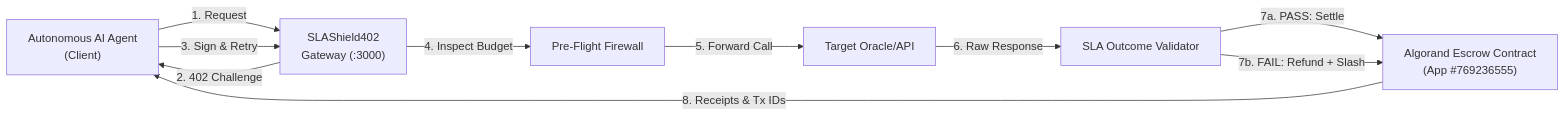
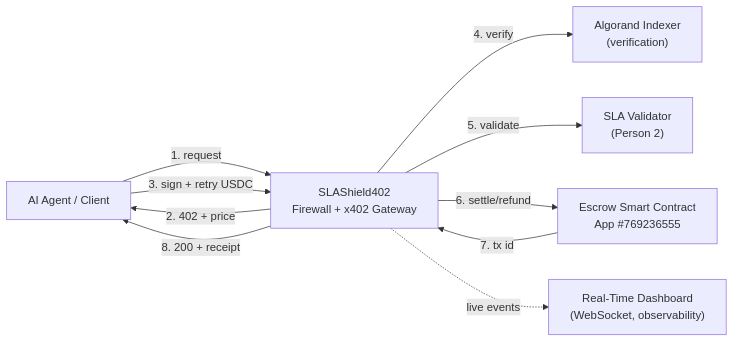
Before and after one commit to Vishal-VK18/SLAShield402: the second of 2 diagrams in README.md, drawn with Mermaid. The commit also changed other lines of this file and 1 other file, not shown here.

Commit message:
docs: add kit-compliant architecture diagrams to README, verified against real trace

````diff
--- a/README.md
+++ b/README.md
@@ -42,12 +51,19 @@
 ```mermaid
 flowchart LR
-    Agent["Autonomous AI Agent<br/>(Client)"] -->|1. Request| Gateway["SLAShield402<br/>Gateway (:3000)"]
-    Gateway -->|2. 402 Challenge| Agent
-    Agent -->|3. Sign & Retry| Gateway
-    Gateway -->|4. Inspect Budget| Firewall["Pre-Flight Firewall"]
-    Firewall -->|5. Forward Call| TargetAPI["Target Oracle/API"]
-    TargetAPI -->|6. Raw Response| Validator["SLA Outcome Validator"]
-    Validator -->|7a. PASS: Settle| Escrow["Algorand Escrow Contract<br/>(App #769236555)"]
-    Validator -->|7b. FAIL: Refund + Slash| Escrow
-    Escrow -->|8. Receipts & Tx IDs| Agent
+    Client["AI Agent / Client"]
+    Server["SLAShield402<br/>Firewall + x402 Gateway"]
+    Indexer["Algorand Indexer<br/>(verification)"]
+    SLA["SLA Validator<br/>(Person 2)"]
+    Contract["Escrow Smart Contract<br/>App #769236555"]
+    Dashboard["Real-Time Dashboard<br/>(WebSocket, observability)"]
+
+    Client -->|1. request| Server
+    Server -->|2. 402 + price| Client
+    Client -->|3. sign + retry USDC| Server
+    Server -->|4. verify| Indexer
+    Server -->|5. validate| SLA
+    Server -->|6. settle/refund| Contract
+    Contract -->|7. tx id| Server
+    Server -->|8. 200 + receipt| Client
+    Server -.->|live events| Dashboard
 ```
````
